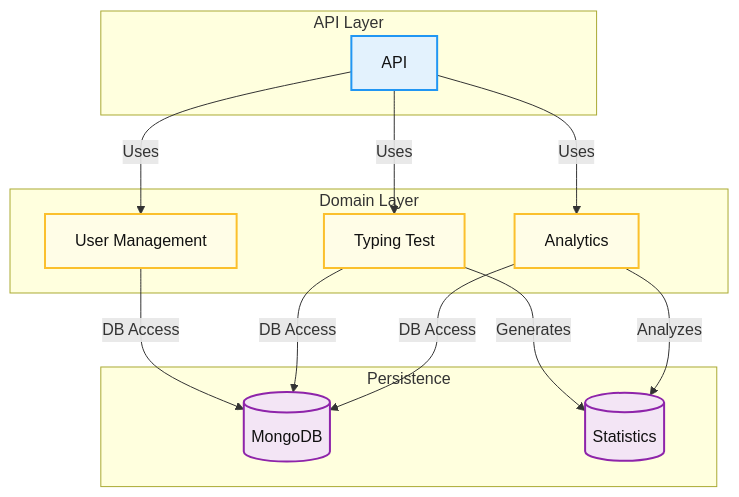
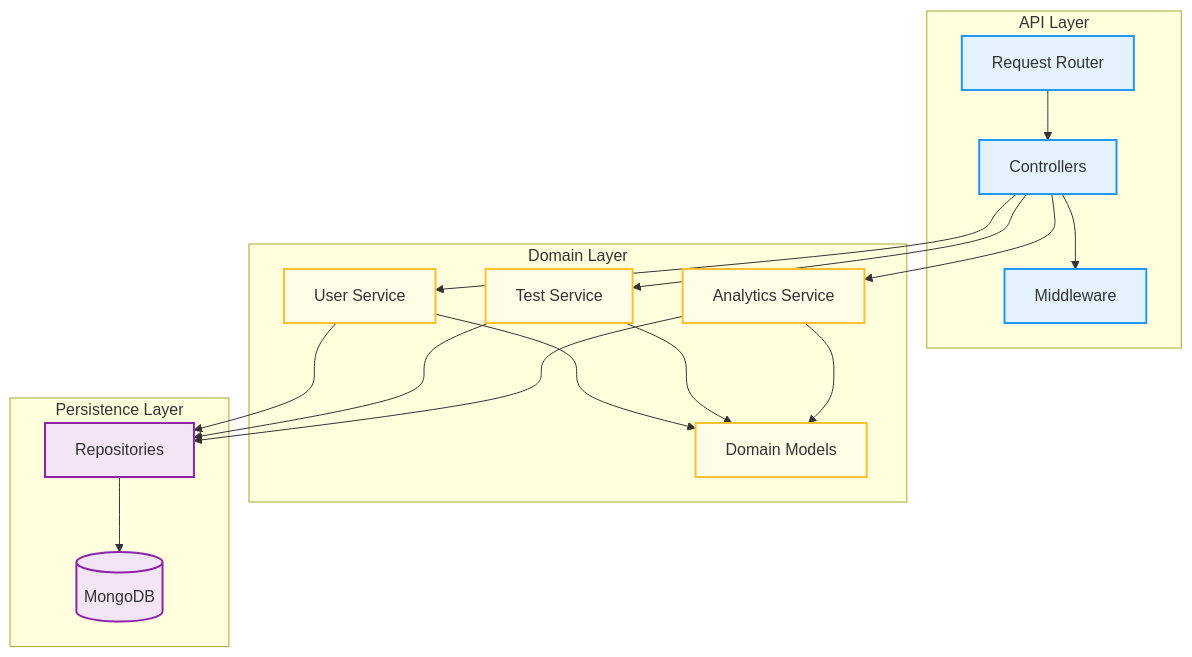
One commit to Keyla-TTT/Keyla-REPORT changed the first of 2 diagrams in docs/Report/Implementation.md. Above: the diagram before and after it, drawn with Mermaid. The commit also changed other lines of this file, not shown here.

````diff
--- a/docs/Report/Implementation.md
+++ b/docs/Report/Implementation.md
@@ -184,36 +18,44 @@
 ```mermaid
 graph TD
-    subgraph API Layer
-        API[API]
+    subgraph "API Layer"
+        Router[Request Router]
+        Controllers[Controllers]
+        Middleware[Middleware]
     end
-
-    subgraph Domain Layer
-        UserManagement[User Management]
-        TypingTest[Typing Test]
-        Analytics[Analytics]
+    
+    subgraph "Domain Layer"
+        UserService[User Service]
+        TestService[Test Service]
+        AnalyticsService[Analytics Service]
+        Models[Domain Models]
     end
-
-    subgraph Persistence
+    
+    subgraph "Persistence Layer"
+        Repositories[Repositories]
         MongoDB[(MongoDB)]
-        Statistics[(Statistics)]
     end
-
-    API -- Uses --> UserManagement
-    API -- Uses --> TypingTest
-    API -- Uses --> Analytics
-
-    UserManagement -- "DB Access" --> MongoDB
-    TypingTest -- "DB Access" --> MongoDB
-    Analytics -- "DB Access" --> MongoDB
-
-    TypingTest -- "Generates" --> Statistics
-    Analytics -- "Analyzes" --> Statistics
-
-    classDef api fill:#e3f2fd,stroke:#2196f3,stroke-width:2px,color:#111;
-    classDef domain fill:#fffde7,stroke:#fbc02d,stroke-width:2px,color:#111;
-    classDef persistence fill:#f3e5f5,stroke:#8e24aa,stroke-width:2px,color:#111;
-
-    class API api;
-    class UserManagement,TypingTest,Analytics domain;
-    class MongoDB,Statistics persistence;
+    
+    Router --> Controllers
+    Controllers --> Middleware
+    Controllers --> UserService
+    Controllers --> TestService
+    Controllers --> AnalyticsService
+    
+    UserService --> Models
+    TestService --> Models
+    AnalyticsService --> Models
+    
+    UserService --> Repositories
+    TestService --> Repositories
+    AnalyticsService --> Repositories
+    
+    Repositories --> MongoDB
+    
+    classDef api fill:#e3f2fd,stroke:#2196f3,stroke-width:2px;
+    classDef domain fill:#fffde7,stroke:#fbc02d,stroke-width:2px;
+    classDef persistence fill:#f3e5f5,stroke:#8e24aa,stroke-width:2px;
+    
+    class Router,Controllers,Middleware api;
+    class UserService,TestService,AnalyticsService,Models domain;
+    class Repositories,MongoDB persistence;
 ```
````
